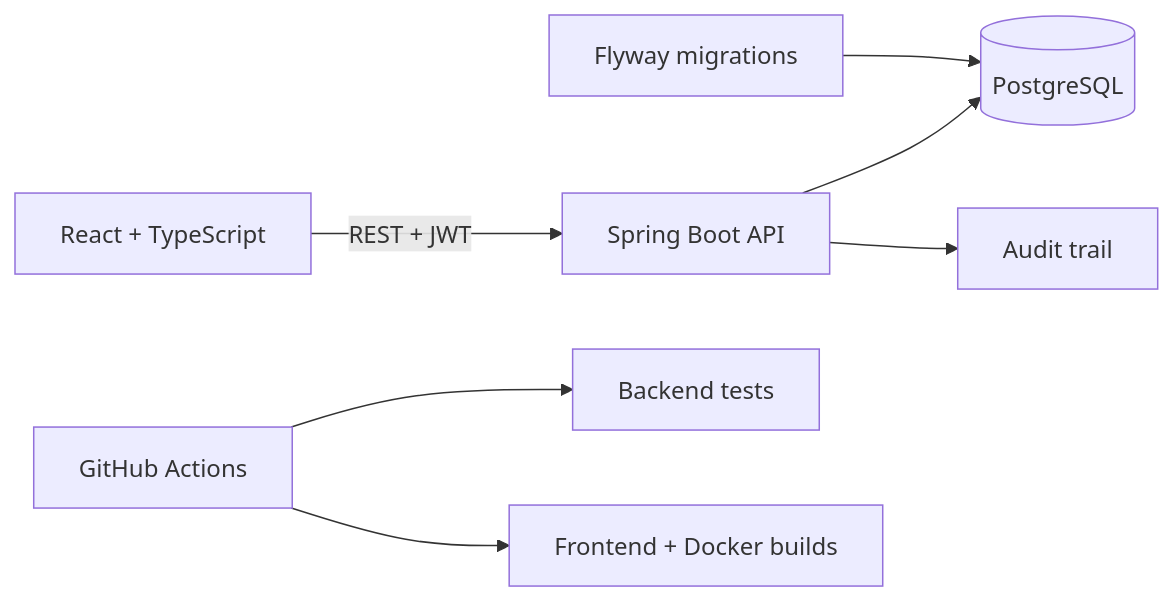
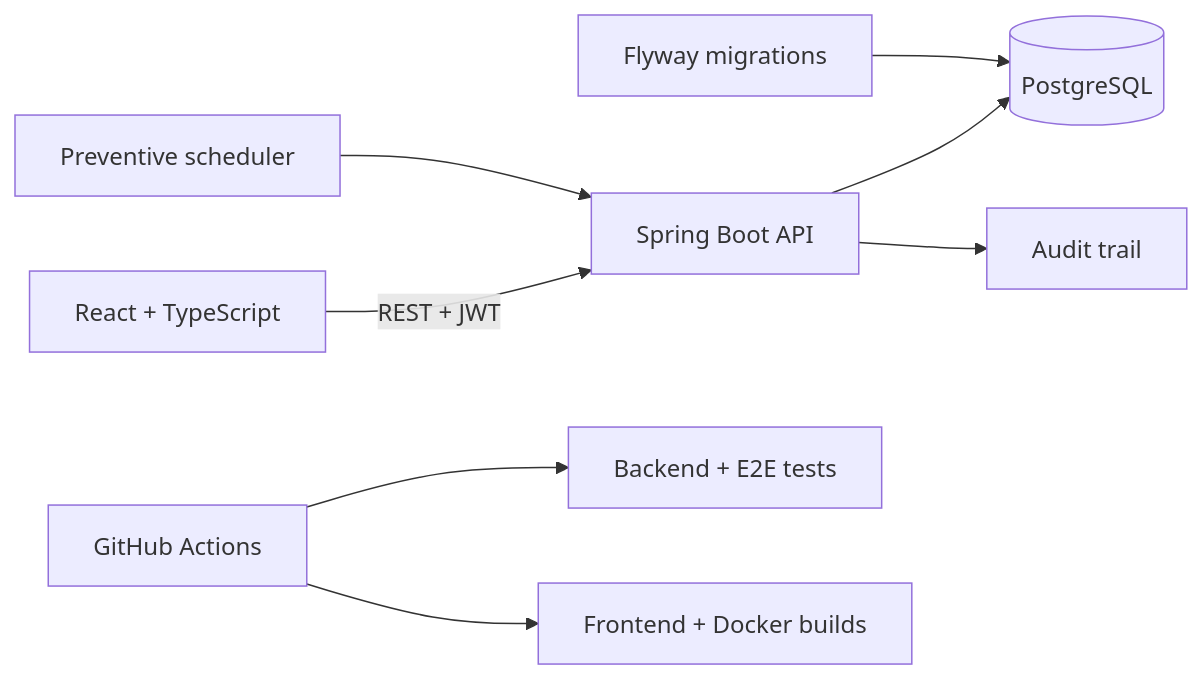
The diagram in README.md (SamaraKonkol/LinePulse), drawn with Mermaid before and after one commit. The commit also changed other lines of this file, not shown here.

````diff
--- a/README.md
+++ b/README.md
@@ -45,9 +47,10 @@
 ```mermaid
 flowchart LR
     WEB[React + TypeScript] -->|REST + JWT| API[Spring Boot API]
     API --> DB[(PostgreSQL)]
     API --> AUDIT[Audit trail]
+    SCHED[Preventive scheduler] --> API
     FLYWAY[Flyway migrations] --> DB
-    CI[GitHub Actions] --> TESTS[Backend tests]
+    CI[GitHub Actions] --> TESTS[Backend + E2E tests]
     CI --> BUILD[Frontend + Docker builds]
 ```
````
